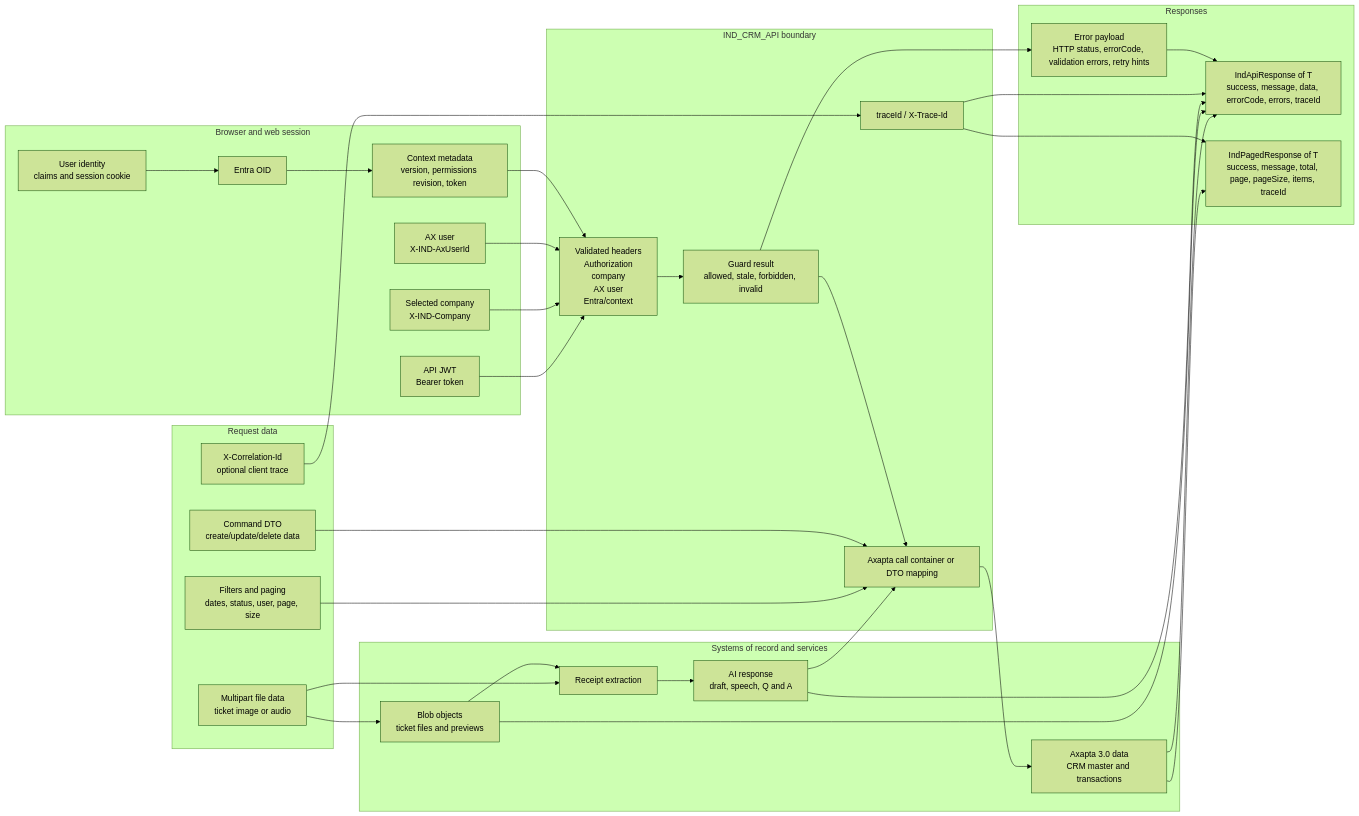
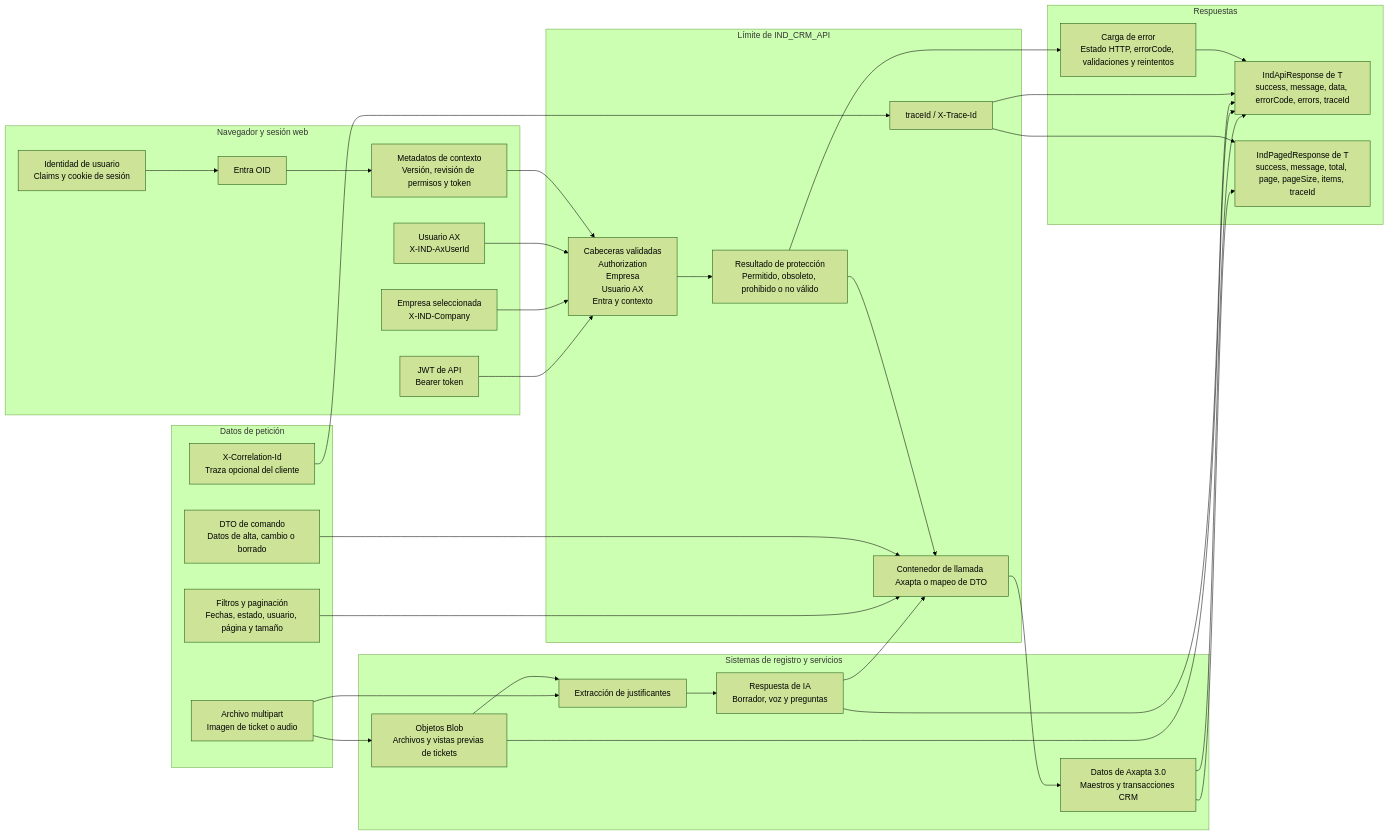
One commit to INDMAME/IND_CRM_API changed the diagram in docs/architecture/diagrams/technical/integration/data-flow.md. Above: the diagram before and after it, drawn with Mermaid (forest theme). The commit also changed other lines of this file and 314 other files, not shown here.

````diff
--- a/docs/architecture/diagrams/technical/integration/data-flow.md
+++ b/docs/architecture/diagrams/technical/integration/data-flow.md
@@ -7,64 +7,64 @@
 ```mermaid
 flowchart LR
-  subgraph BrowserData["Browser and web session"]
-    UserIdentity["User identity<br/>claims and session cookie"]
+  subgraph BrowserData["Navegador y sesión web"]
+    UserIdentity["Identidad de usuario<br/>Claims y cookie de sesión"]
     EntraOid["Entra OID"]
-    ApiToken["API JWT<br/>Bearer token"]
-    SelectedCompany["Selected company<br/>X-IND-Company"]
-    AxUser["AX user<br/>X-IND-AxUserId"]
-    ContextState["Context metadata<br/>version, permissions revision, token"]
+    ApiToken["JWT de API<br/>Bearer token"]
+    SelectedCompany["Empresa seleccionada<br/>X-IND-Company"]
+    AxUser["Usuario AX<br/>X-IND-AxUserId"]
+    ContextState["Metadatos de contexto<br/>Versión, revisión de permisos y token"]
   end
 
-  subgraph RequestData["Request data"]
-    Filters["Filters and paging<br/>dates, status, user, page, size"]
-    CommandDto["Command DTO<br/>create/update/delete data"]
-    FileData["Multipart file data<br/>ticket image or audio"]
-    Correlation["X-Correlation-Id<br/>optional client trace"]
+  subgraph RequestData["Datos de petición"]
+    Filters["Filtros y paginación<br/>Fechas, estado, usuario, página y tamaño"]
+    CommandDto["DTO de comando<br/>Datos de alta, cambio o borrado"]
+    FileData["Archivo multipart<br/>Imagen de ticket o audio"]
+    Correlation["X-Correlation-Id<br/>Traza opcional del cliente"]
   end
 
-  subgraph ApiBoundary["IND_CRM_API boundary"]
-    Headers["Validated headers<br/>Authorization<br/>company<br/>AX user<br/>Entra/context"]
-    GuardResult["Guard result<br/>allowed, stale, forbidden, invalid"]
-    AxDto["Axapta call container or DTO mapping"]
+  subgraph ApiBoundary["Límite de IND_CRM_API"]
+    Headers["Cabeceras validadas<br/>Authorization<br/>Empresa<br/>Usuario AX<br/>Entra y contexto"]
+    GuardResult["Resultado de protección<br/>Permitido, obsoleto, prohibido o no válido"]
+    AxDto["Contenedor de llamada Axapta o mapeo de DTO"]
     Trace["traceId / X-Trace-Id"]
   end
 
-  subgraph Systems["Systems of record and services"]
-    Ax["Axapta 3.0 data<br/>CRM master and transactions"]
-    Blob["Blob objects<br/>ticket files and previews"]
-    Ocr["Receipt extraction"]
-    Ai["AI response<br/>draft, speech, Q and A"]
+  subgraph Systems["Sistemas de registro y servicios"]
+    Ax["Datos de Axapta 3.0<br/>Maestros y transacciones CRM"]
+    Blob["Objetos Blob<br/>Archivos y vistas previas de tickets"]
+    Ocr["Extracción de justificantes"]
+    Ai["Respuesta de IA<br/>Borrador, voz y preguntas"]
   end
 
-  subgraph Responses["Responses"]
-    ApiEnvelope["IndApiResponse of T<br/>success, message, data, errorCode, errors, traceId"]
-    PagedEnvelope["IndPagedResponse of T<br/>success, message, total, page, pageSize, items, traceId"]
-    ErrorPayload["Error payload<br/>HTTP status, errorCode, validation errors, retry hints"]
+  subgraph Responses["Respuestas"]
+    ApiEnvelope["IndApiResponse de T<br/>success, message, data, errorCode, errors, traceId"]
+    PagedEnvelope["IndPagedResponse de T<br/>success, message, total, page, pageSize, items, traceId"]
+    ErrorPayload["Carga de error<br/>Estado HTTP, errorCode, validaciones y reintentos"]
   end
 
   UserIdentity --> EntraOid
   EntraOid --> ContextState
   ApiToken --> Headers
   SelectedCompany --> Headers
   AxUser --> Headers
   ContextState --> Headers
   Filters --> AxDto
   CommandDto --> AxDto
   FileData --> Blob
   Correlation --> Trace
   Headers --> GuardResult
   GuardResult --> AxDto
   AxDto --> Ax
   FileData --> Ocr
   Blob --> Ocr
   Ocr --> Ai
   Ai --> AxDto
   Ax --> ApiEnvelope
   Ax --> PagedEnvelope
   Blob --> ApiEnvelope
   Ai --> ApiEnvelope
   Trace --> ApiEnvelope
   Trace --> PagedEnvelope
   GuardResult --> ErrorPayload
   ErrorPayload --> ApiEnvelope
 ```
````
